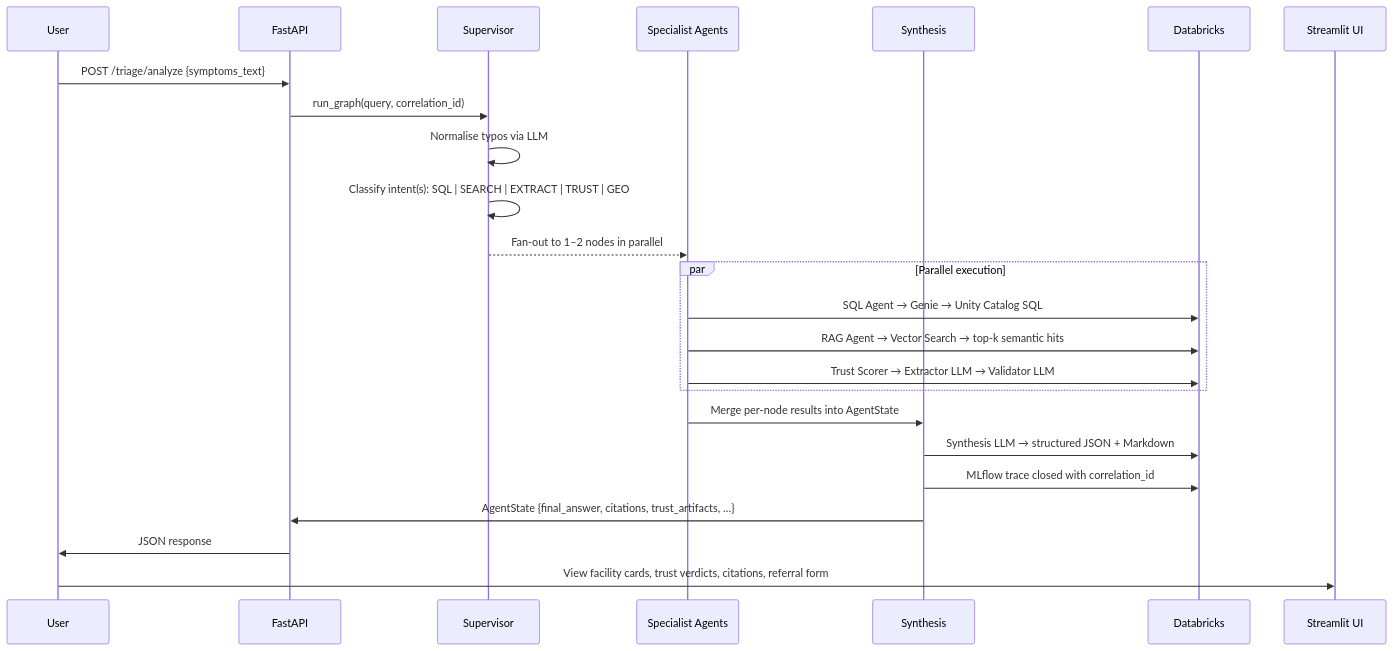
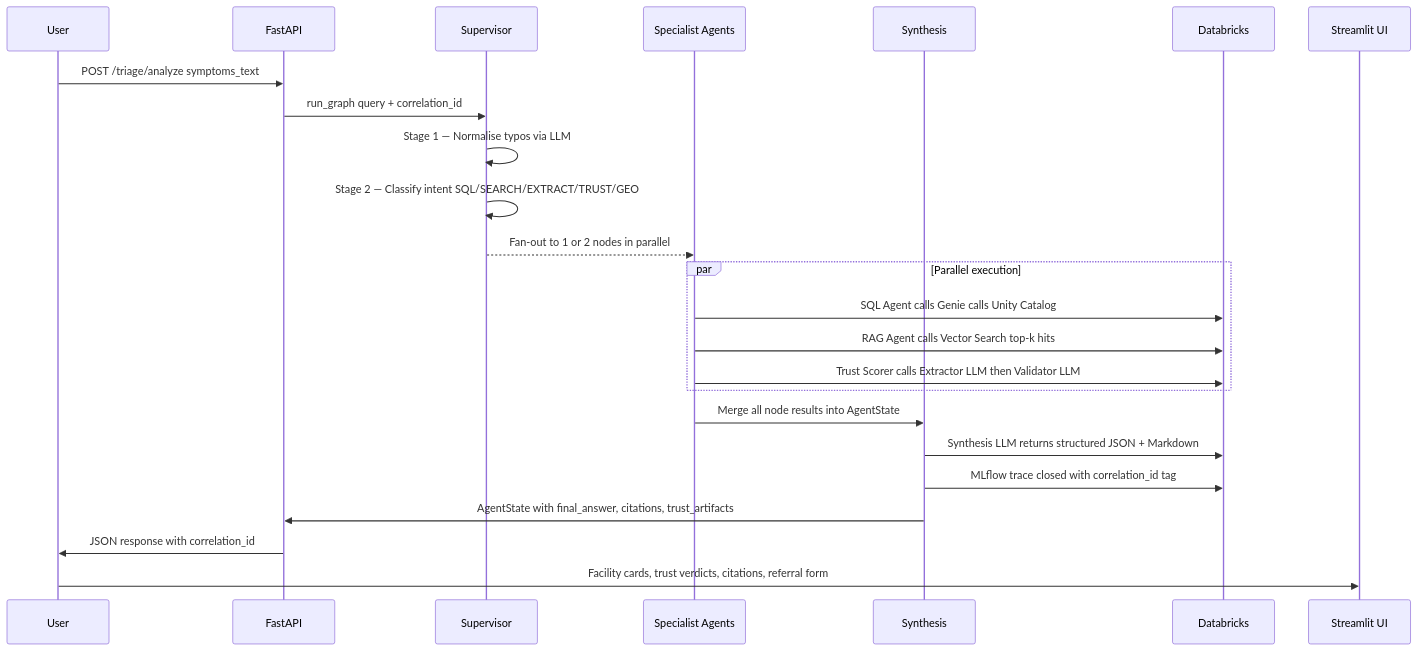
One commit to alijafarkamal/Hack-Nation changed the second of 2 diagrams in README.md. Above: the diagram before and after it, drawn with Mermaid. The commit also changed other lines of this file, not shown here.

First line of the commit message:
fix(readme): fix Mermaid diagram syntax for GitHub renderer

````diff
--- a/README.md
+++ b/README.md
@@ -59,29 +59,29 @@
 ```mermaid
 sequenceDiagram
     participant U as User
     participant API as FastAPI
     participant SV as Supervisor
     participant AG as Specialist Agents
     participant SY as Synthesis
     participant DB as Databricks
     participant UI as Streamlit UI
 
-    U->>API: POST /triage/analyze {symptoms_text}
-    API->>SV: run_graph(query, correlation_id)
-    SV->>SV: Normalise typos via LLM
-    SV->>SV: Classify intent(s): SQL | SEARCH | EXTRACT | TRUST | GEO
-    SV-->>AG: Fan-out to 1–2 nodes in parallel
+    U->>API: POST /triage/analyze symptoms_text
+    API->>SV: run_graph query + correlation_id
+    SV->>SV: Stage 1 — Normalise typos via LLM
+    SV->>SV: Stage 2 — Classify intent SQL/SEARCH/EXTRACT/TRUST/GEO
+    SV-->>AG: Fan-out to 1 or 2 nodes in parallel
 
     par Parallel execution
-        AG->>DB: SQL Agent → Genie → Unity Catalog SQL
-        AG->>DB: RAG Agent → Vector Search → top-k semantic hits
-        AG->>DB: Trust Scorer → Extractor LLM → Validator LLM
+        AG->>DB: SQL Agent calls Genie calls Unity Catalog
+        AG->>DB: RAG Agent calls Vector Search top-k hits
+        AG->>DB: Trust Scorer calls Extractor LLM then Validator LLM
     end
 
-    AG->>SY: Merge per-node results into AgentState
-    SY->>DB: Synthesis LLM → structured JSON + Markdown
-    SY->>DB: MLflow trace closed with correlation_id
-    SY->>API: AgentState {final_answer, citations, trust_artifacts, …}
-    API->>U: JSON response
-    U->>UI: View facility cards, trust verdicts, citations, referral form
+    AG->>SY: Merge all node results into AgentState
+    SY->>DB: Synthesis LLM returns structured JSON + Markdown
+    SY->>DB: MLflow trace closed with correlation_id tag
+    SY->>API: AgentState with final_answer, citations, trust_artifacts
+    API->>U: JSON response with correlation_id
+    U->>UI: Facility cards, trust verdicts, citations, referral form
 ```
````
